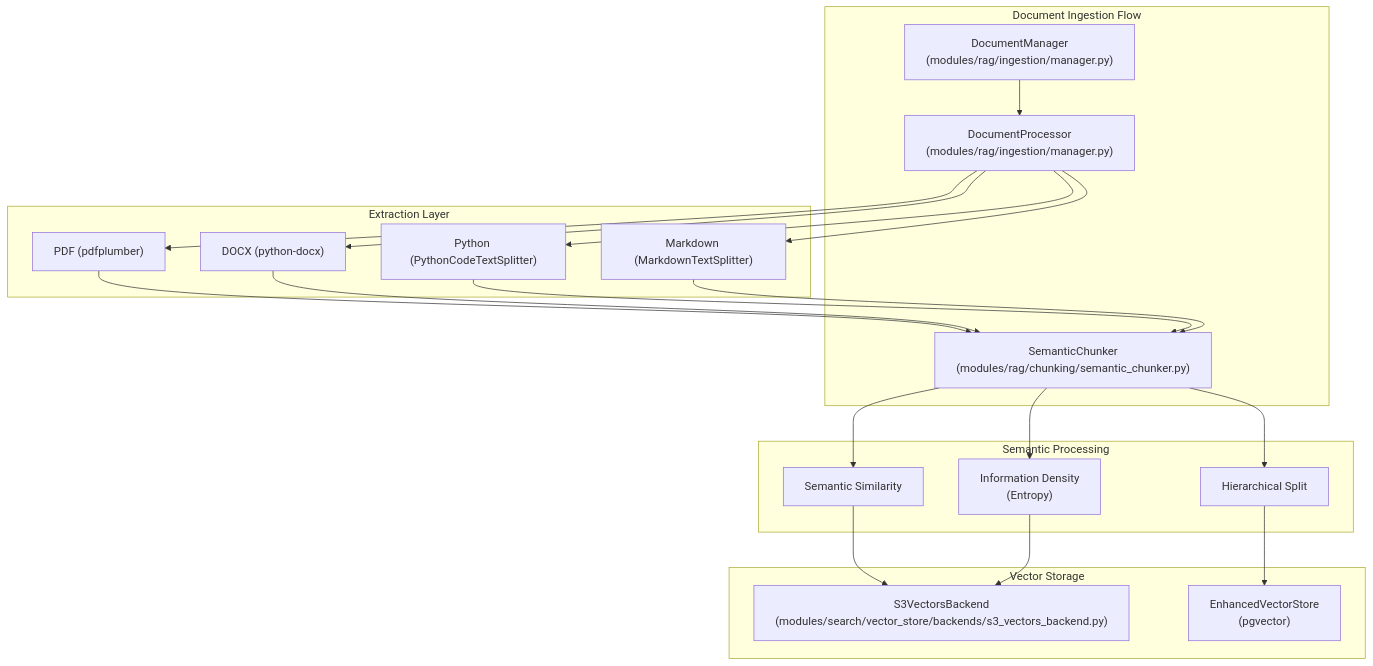
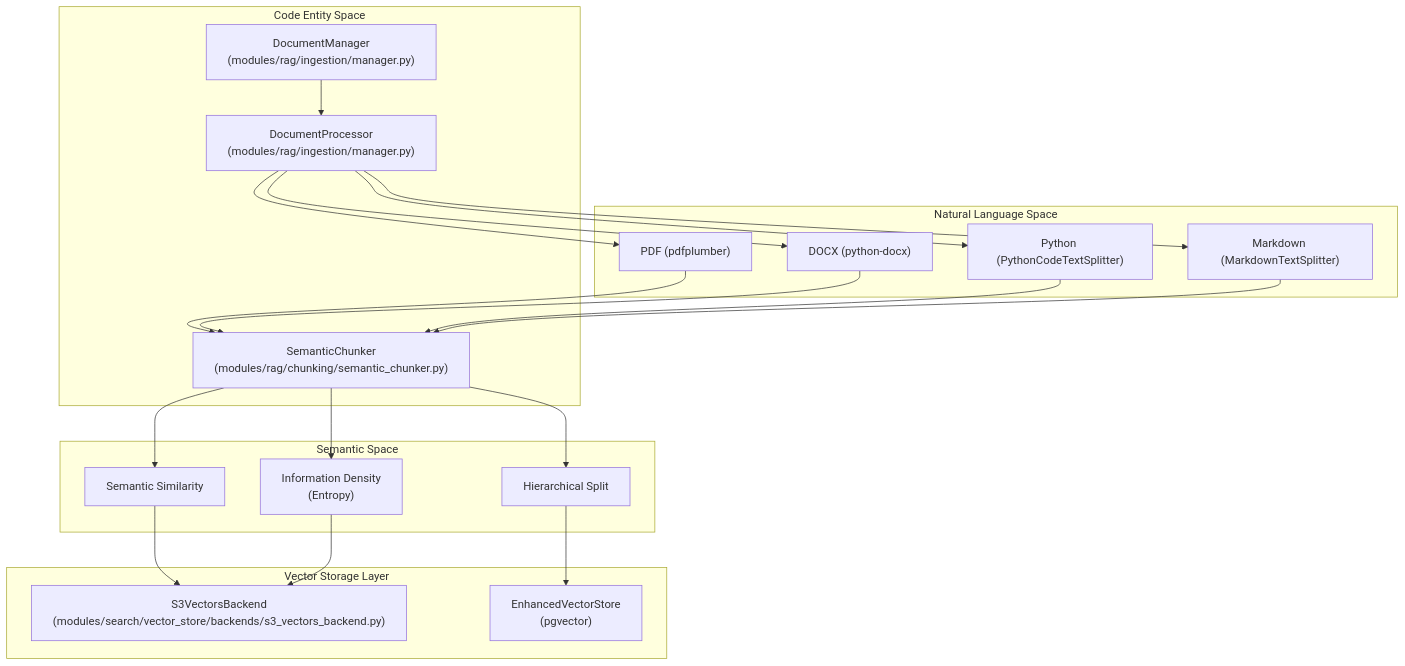
One commit to AutomatosAI/automatos-ai changed the first of 3 diagrams in docs/knowledge-base-rag/semantic-chunking-strategies.md. Above: the diagram before and after it, drawn with Mermaid. The commit also changed other lines of this file and 191 other files, not shown here.

````diff
--- a/docs/knowledge-base-rag/semantic-chunking-strategies.md
+++ b/docs/knowledge-base-rag/semantic-chunking-strategies.md
@@ -38,45 +53,45 @@
 ```mermaid
 graph TB
-    subgraph "Document Ingestion Flow"
-        DocManager["DocumentManager<br/>(modules/rag/ingestion/manager.py)"]
-        Proc["DocumentProcessor<br/>(modules/rag/ingestion/manager.py)"]
-        SChunker["SemanticChunker<br/>(modules/rag/chunking/semantic_chunker.py)"]
-    end
-    
-    subgraph "Extraction Layer"
+    subgraph "Natural Language Space"
         PDF["PDF (pdfplumber)"]
         DOCX["DOCX (python-docx)"]
         CODE["Python (PythonCodeTextSplitter)"]
         MD["Markdown (MarkdownTextSplitter)"]
     end
 
-    subgraph "Semantic Processing"
+    subgraph "Code Entity Space"
+        DocManager["DocumentManager<br/>(modules/rag/ingestion/manager.py)"]
+        Proc["DocumentProcessor<br/>(modules/rag/ingestion/manager.py)"]
+        SChunker["SemanticChunker<br/>(modules/rag/chunking/semantic_chunker.py)"]
+    end
+    
+    subgraph "Semantic Space"
         Sim["Semantic Similarity"]
         Entropy["Information Density<br/>(Entropy)"]
         Hier["Hierarchical Split"]
     end
 
-    subgraph "Vector Storage"
+    subgraph "Vector Storage Layer"
         S3V["S3VectorsBackend<br/>(modules/search/vector_store/backends/s3_vectors_backend.py)"]
         PGV["EnhancedVectorStore<br/>(pgvector)"]
     end
 
     DocManager --> Proc
     Proc --> PDF
     Proc --> DOCX
     Proc --> CODE
     Proc --> MD
     
     PDF --> SChunker
     DOCX --> SChunker
     CODE --> SChunker
     MD --> SChunker
     
     SChunker --> Sim
     SChunker --> Entropy
     SChunker --> Hier
     
     Sim --> S3V
     Entropy --> S3V
     Hier --> PGV
 ```
````
